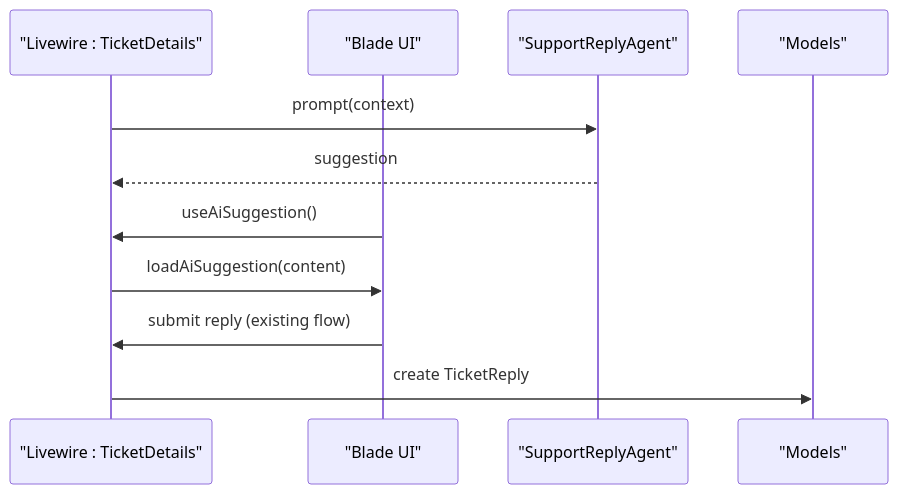
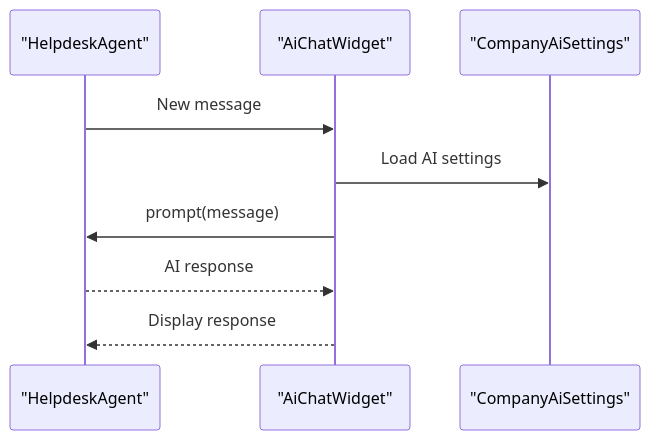
Before and after one commit to younesgamer68/helpdesk-system: the fifth of 8 diagrams in .qoder/repowiki/en/content/AI Integration/AI Integration.md, drawn with Mermaid. The commit also changed other lines of this file and 210 other files, not shown here.

````diff
--- a/.qoder/repowiki/en/content/AI Integration/AI Integration.md
+++ b/.qoder/repowiki/en/content/AI Integration/AI Integration.md
@@ -221,13 +213,12 @@
 ```mermaid
 sequenceDiagram
-participant LW as "Livewire : TicketDetails"
-participant UI as "Blade UI"
-participant AG as "SupportReplyAgent"
-participant MOD as "Models"
-LW->>AG : prompt(context)
-AG-->>LW : suggestion
-UI->>LW : useAiSuggestion()
-LW->>UI : loadAiSuggestion(content)
-UI->>LW : submit reply (existing flow)
-LW->>MOD : create TicketReply
+participant Agent as "Agent"
+participant Widget as "AiChatWidget"
+participant Settings as "CompanyAiSettings"
+participant Agent as "HelpdeskAgent"
+Agent->>Widget : New message
+Widget->>Settings : Load AI settings
+Widget->>Agent : prompt(message)
+Agent-->>Widget : AI response
+Widget-->>Agent : Display response
 ```
````
